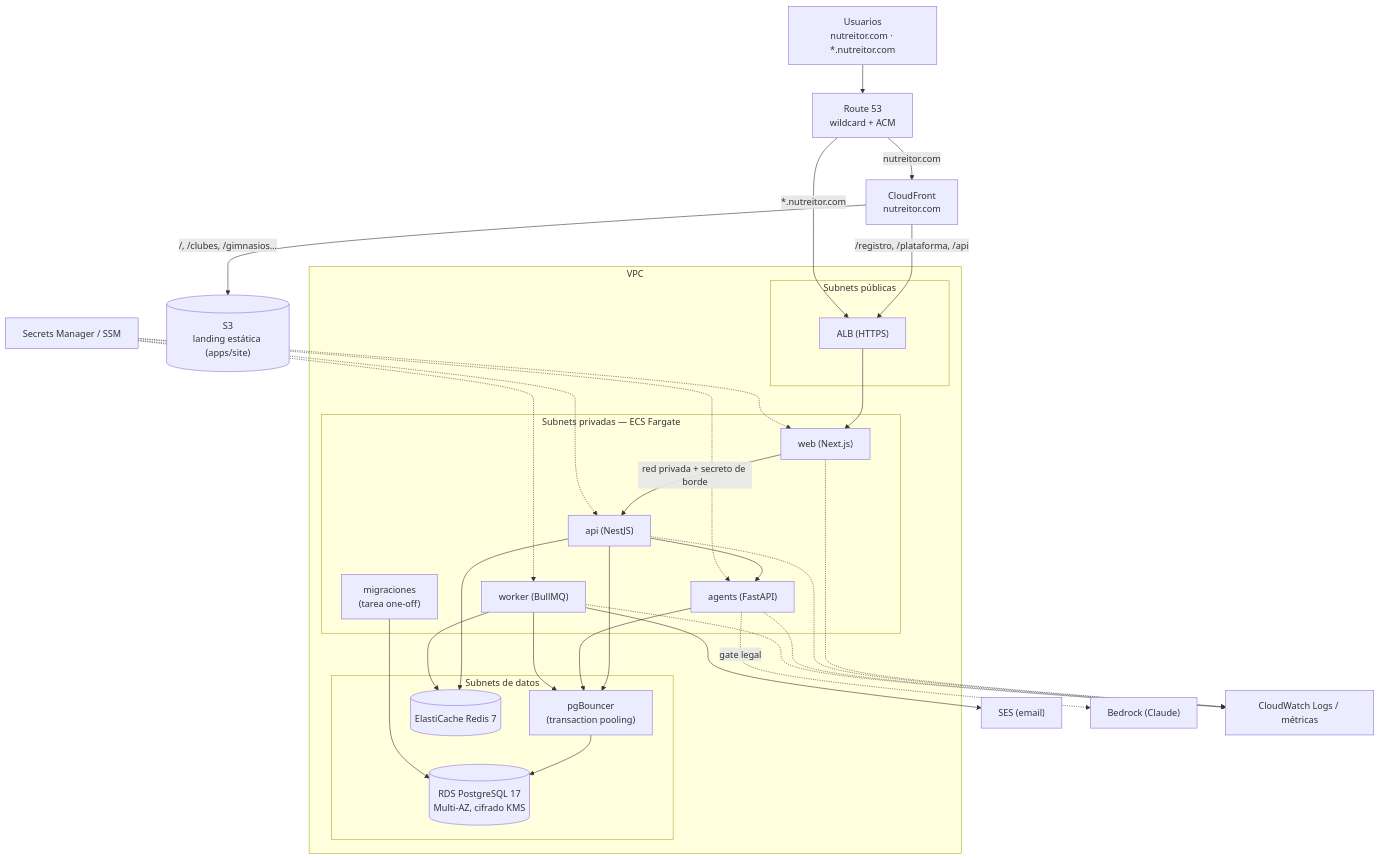
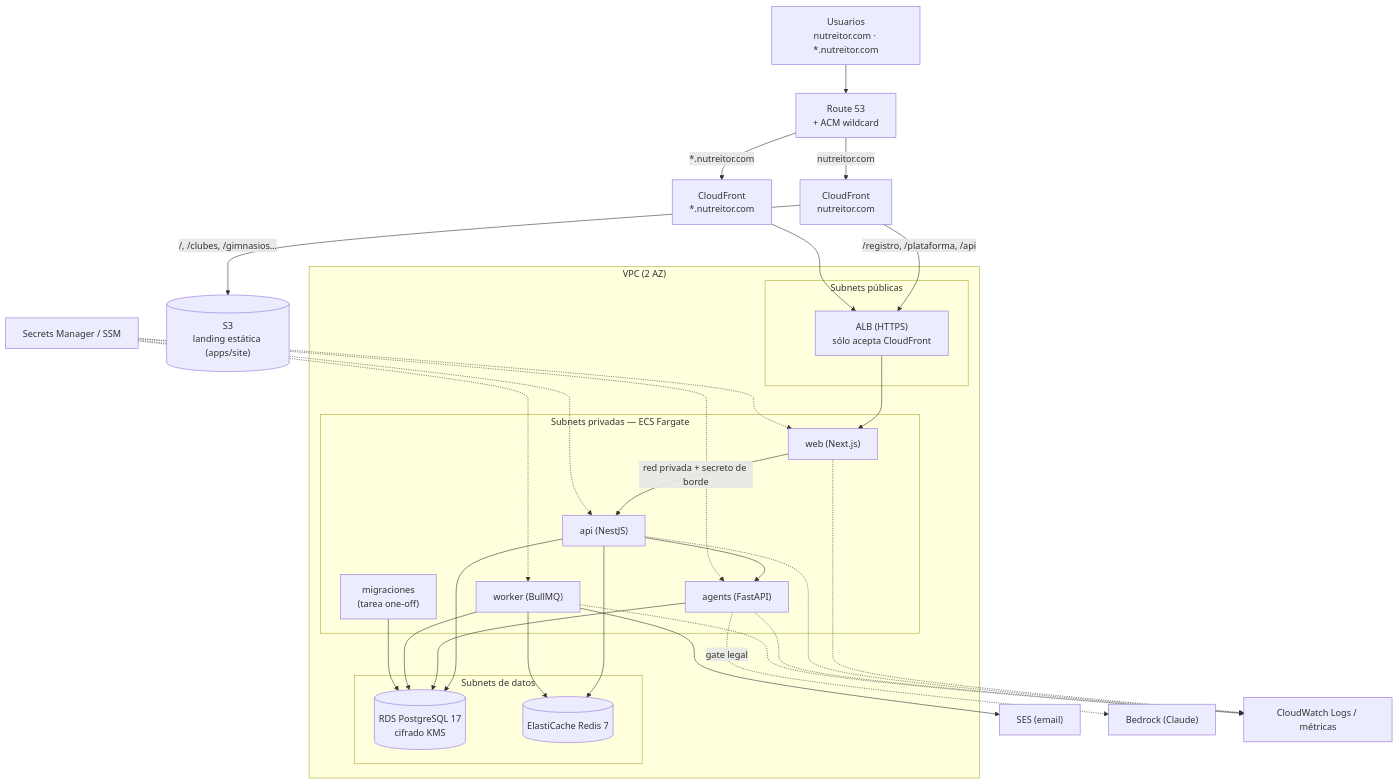
The second of 2 diagrams in README.md (nebu-fhnatiuk/nutreitor), drawn with Mermaid before and after one commit. The commit also changed other lines of this file, not shown here.

````diff
--- a/README.md
+++ b/README.md
@@ -184,49 +221,49 @@
 ```mermaid
 flowchart TB
   user["Usuarios<br/>nutreitor.com · *.nutreitor.com"]
-  dns["Route 53<br/>wildcard + ACM"]
+  dns["Route 53<br/>+ ACM wildcard"]
   cf["CloudFront<br/>nutreitor.com"]
+  cfw["CloudFront<br/>*.nutreitor.com"]
   s3[("S3<br/>landing estática (apps/site)")]
 
-  subgraph vpc["VPC"]
+  subgraph vpc["VPC (2 AZ)"]
     subgraph pub["Subnets públicas"]
-      alb["ALB (HTTPS)"]
+      alb["ALB (HTTPS)<br/>sólo acepta CloudFront"]
     end
     subgraph priv["Subnets privadas — ECS Fargate"]
       web["web (Next.js)"]
       api["api (NestJS)"]
       agents["agents (FastAPI)"]
       worker["worker (BullMQ)"]
       migrate["migraciones<br/>(tarea one-off)"]
     end
     subgraph data["Subnets de datos"]
-      pooler["pgBouncer<br/>(transaction pooling)"]
-      rds[("RDS PostgreSQL 17<br/>Multi-AZ, cifrado KMS")]
+      rds[("RDS PostgreSQL 17<br/>cifrado KMS")]
       cache[("ElastiCache Redis 7")]
     end
   end
 
   secrets["Secrets Manager / SSM"]
   ses["SES (email)"]
   bedrock["Bedrock (Claude)"]
   logs["CloudWatch Logs / métricas"]
 
   user --> dns
   dns -->|"nutreitor.com"| cf
   cf -->|"/, /clubes, /gimnasios…"| s3
   cf -->|"/registro, /plataforma, /api"| alb
-  dns -->|"*.nutreitor.com"| alb
+  dns -->|"*.nutreitor.com"| cfw --> alb
   alb --> web
   web -->|"red privada + secreto de borde"| api
   api --> agents
-  api --> pooler --> rds
-  agents --> pooler
-  worker --> pooler
+  api --> rds
+  agents --> rds
+  worker --> rds
   migrate --> rds
   api --> cache
   worker --> cache
   worker --> ses
   agents -.->|"gate legal"| bedrock
   secrets -.-> web & api & agents & worker
   web & api & agents & worker -.-> logs
 ```
````
